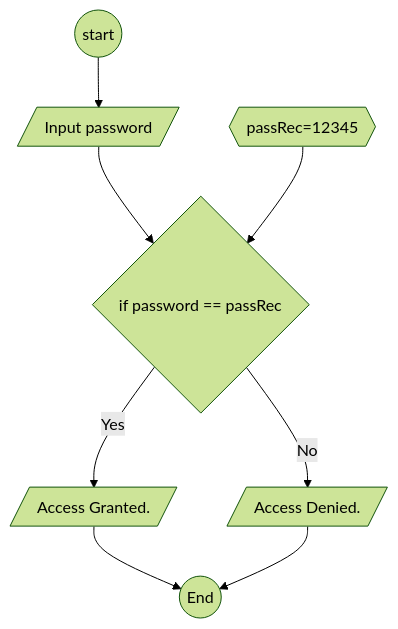
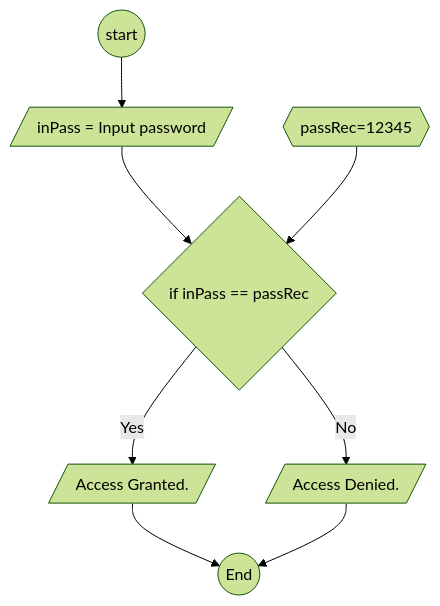
Before and after one commit to ihabau/Lexicon-lesson3-flowcharts: the diagram in Exercise3.md, drawn with Mermaid (forest theme). The commit also changed 3 other files, not shown here.

````diff
--- a/Exercise3.md
+++ b/Exercise3.md
@@ -25,7 +25,7 @@
 ```mermaid
 graph TD
-A((start)) --> B[/Input password/] --> D{if password == passRec}
+A((start)) --> B[/inPass = Input password/] --> D{if inPass == passRec}
 C{{passRec=12345}} --> D
 D -- Yes --> E[/Access Granted./] --> G((End))
 D -- No --> F[/Access Denied./] --> G
 ```
````
